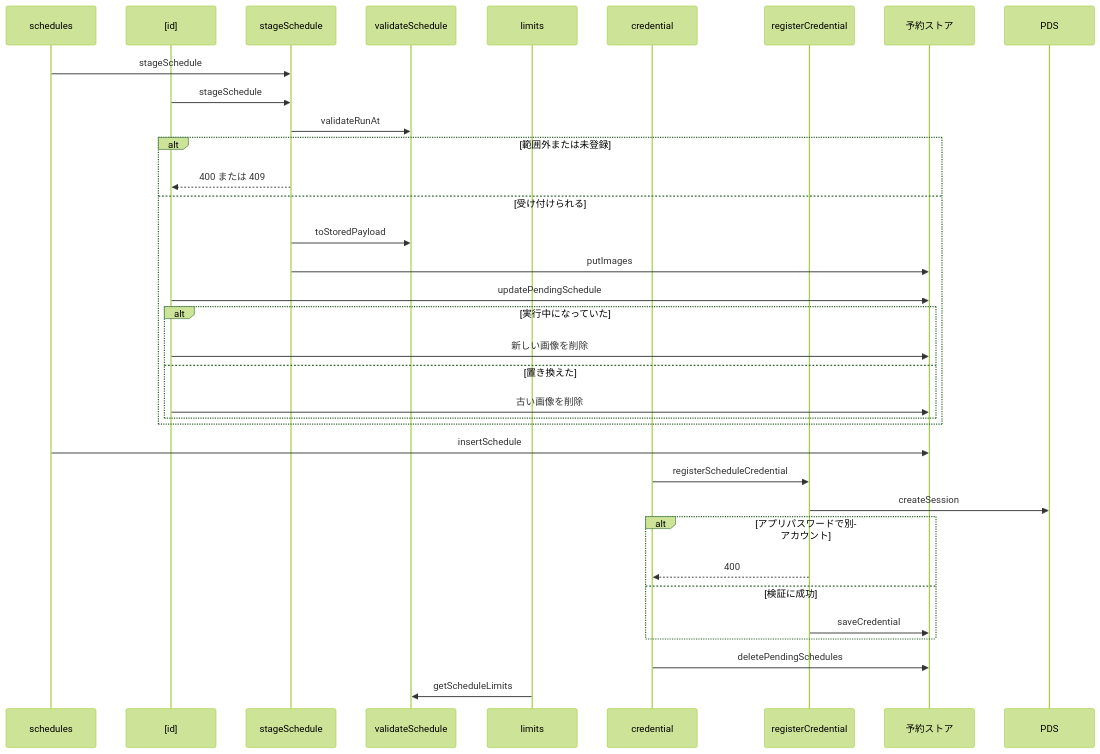
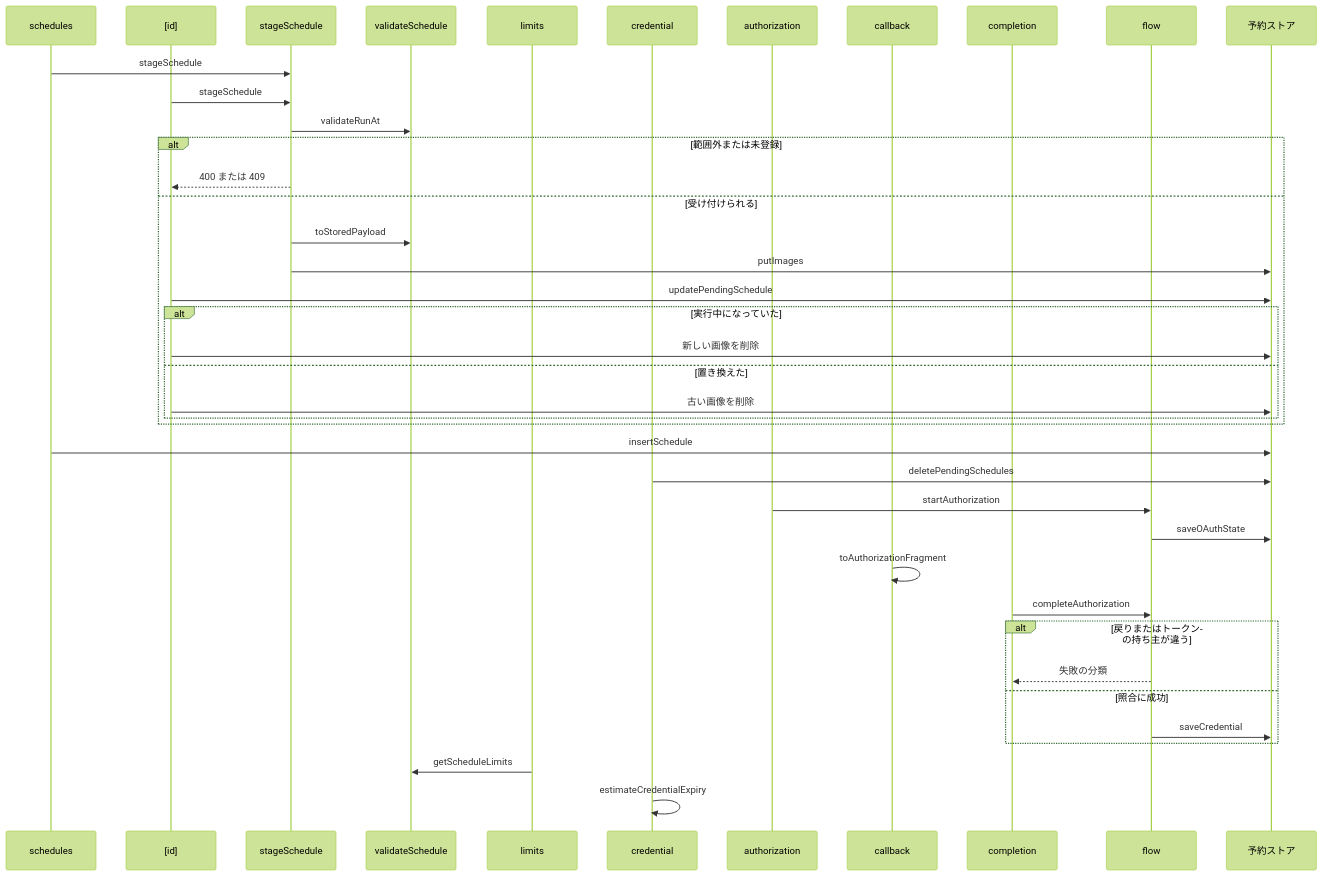
Before and after one commit to nekono-dev/skyshare: the third of 3 diagrams in specs/schedule-api/design.md, drawn with Mermaid (forest theme). The commit also changed other lines of this file and 88 other files, not shown here.

````diff
--- a/specs/schedule-api/design.md
+++ b/specs/schedule-api/design.md
@@ -73,37 +101,42 @@
 ```mermaid
 sequenceDiagram
   participant schedules
   participant id as [id]
   participant stageSchedule
   participant validateSchedule
   participant limits
   participant credential
-  participant registerCredential
+  participant authorization
+  participant callback
+  participant completion
+  participant flow
   participant ext_store as 予約ストア
-  participant ext_pds as PDS
   schedules->>stageSchedule: stageSchedule
   id->>stageSchedule: stageSchedule
   stageSchedule->>validateSchedule: validateRunAt
   alt 範囲外または未登録
     stageSchedule-->>id: 400 または 409
   else 受け付けられる
     stageSchedule->>validateSchedule: toStoredPayload
     stageSchedule->>ext_store: putImages
     id->>ext_store: updatePendingSchedule
     alt 実行中になっていた
       id->>ext_store: 新しい画像を削除
     else 置き換えた
       id->>ext_store: 古い画像を削除
     end
   end
   schedules->>ext_store: insertSchedule
-  credential->>registerCredential: registerScheduleCredential
-  registerCredential->>ext_pds: createSession
-  alt アプリパスワードで別アカウント
-    registerCredential-->>credential: 400
-  else 検証に成功
-    registerCredential->>ext_store: saveCredential
+  credential->>ext_store: deletePendingSchedules
+  authorization->>flow: startAuthorization
+  flow->>ext_store: saveOAuthState
+  callback->>callback: toAuthorizationFragment
+  completion->>flow: completeAuthorization
+  alt 戻りまたはトークンの持ち主が違う
+    flow-->>completion: 失敗の分類
+  else 照合に成功
+    flow->>ext_store: saveCredential
   end
-  credential->>ext_store: deletePendingSchedules
   limits->>validateSchedule: getScheduleLimits
+  credential->>credential: estimateCredentialExpiry
 ```
````
